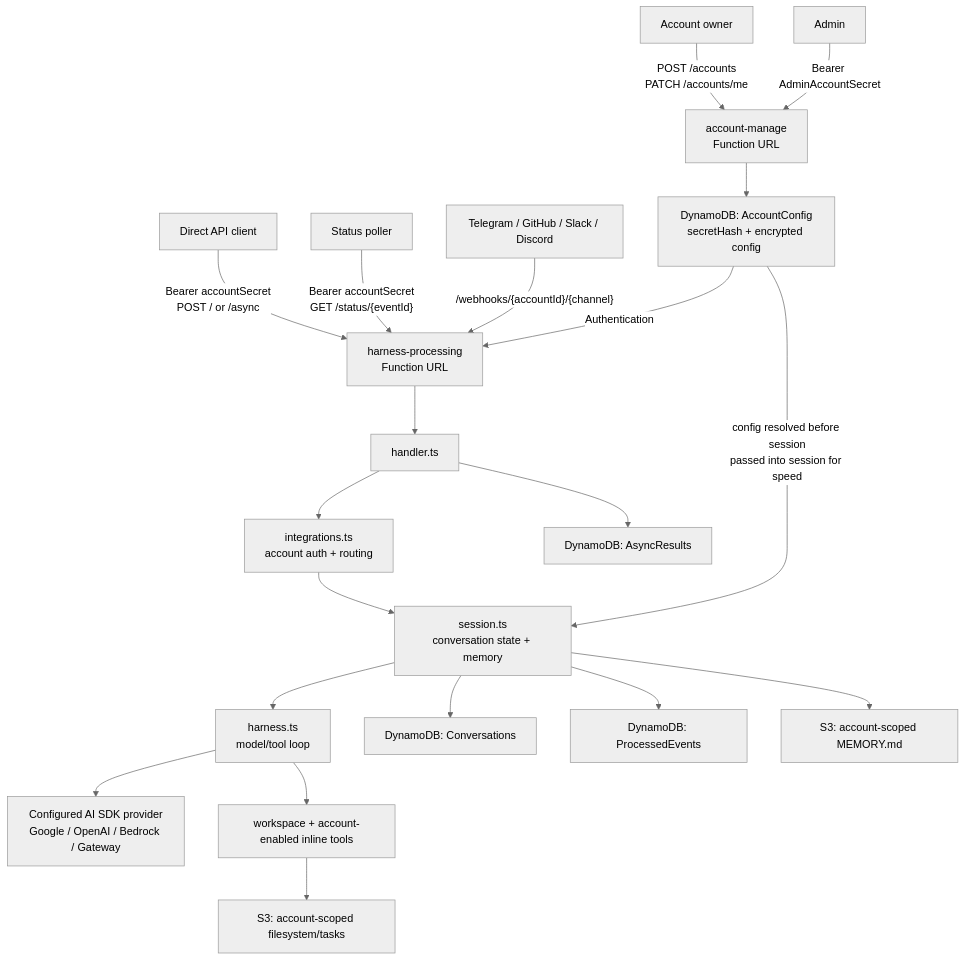
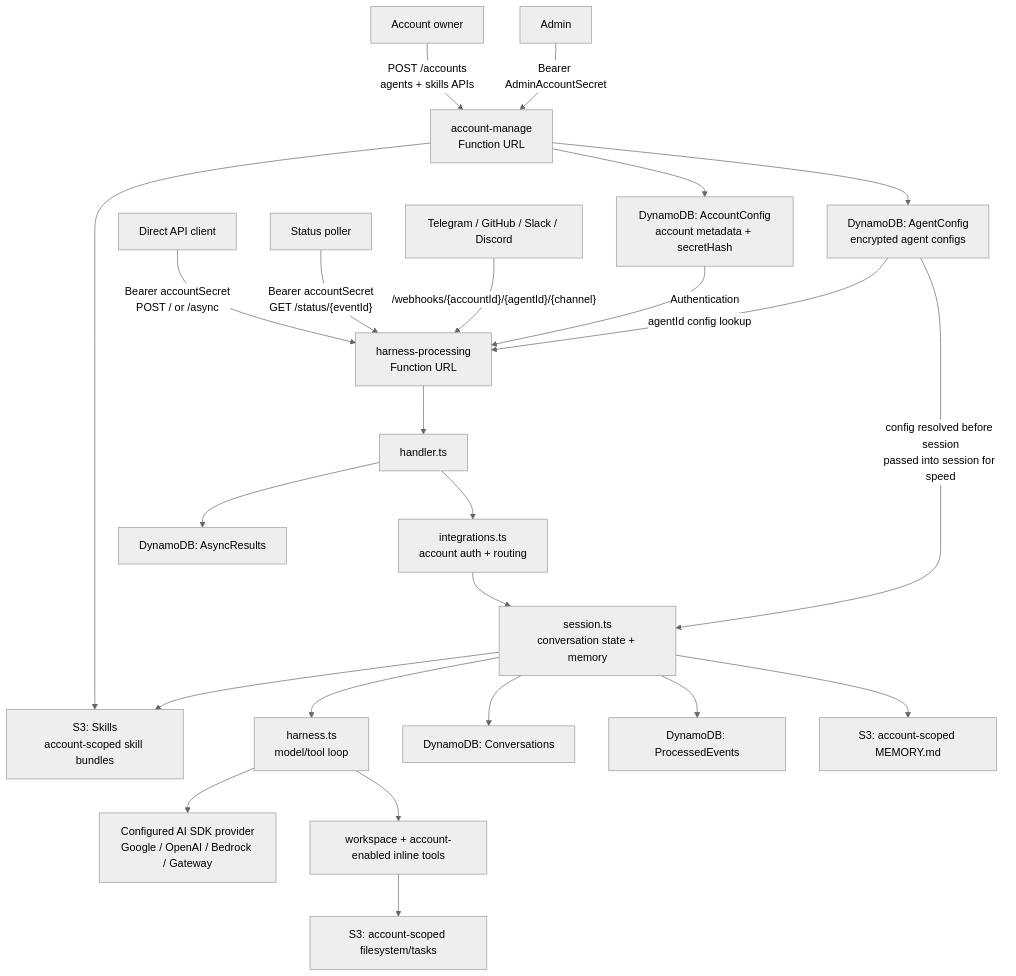
One commit to beeblastco/broods changed the second of 7 diagrams in docs/architecture.md. Above: the diagram before and after it, drawn with Mermaid (neutral theme). The commit also changed other lines of this file and 36 other files, not shown here.

First line of the commit message:
feat: add account-scoped agents and skills

````diff
--- a/docs/architecture.md
+++ b/docs/architecture.md
@@ -27,24 +27,28 @@
 ```mermaid
 flowchart TD
-  Owner["Account owner"] -->|"POST /accounts<br/>PATCH /accounts/me"| ManageUrl["account-manage<br/>Function URL"]
+  Owner["Account owner"] -->|"POST /accounts<br/>agents + skills APIs"| ManageUrl["account-manage<br/>Function URL"]
   Admin["Admin"] -->|"Bearer AdminAccountSecret"| ManageUrl
   Direct["Direct API client"] -->|"Bearer accountSecret<br/>POST / or /async"| HarnessUrl["harness-processing<br/>Function URL"]
   Status["Status poller"] -->|"Bearer accountSecret<br/>GET /status/{eventId}"| HarnessUrl
-  Provider["Telegram / GitHub / Slack / Discord"] -->|"/webhooks/{accountId}/{channel}"| HarnessUrl
+  Provider["Telegram / GitHub / Slack / Discord"] -->|"/webhooks/{accountId}/{agentId}/{channel}"| HarnessUrl
 
-  ManageUrl --> AccountStore["DynamoDB: AccountConfig<br/>secretHash + encrypted config"]
+  ManageUrl --> AccountStore["DynamoDB: AccountConfig<br/>account metadata + secretHash"]
+  ManageUrl --> AgentStore["DynamoDB: AgentConfig<br/>encrypted agent configs"]
+  ManageUrl --> SkillStore["S3: Skills<br/>account-scoped skill bundles"]
   AccountStore -->|Authentication| HarnessUrl
+  AgentStore -->|agentId config lookup| HarnessUrl
   HarnessUrl --> Handler["handler.ts"]
   Handler --> Integrations["integrations.ts<br/>account auth + routing"]
   Integrations --> Session["session.ts<br/>conversation state + memory"]
   Session --> Harness["harness.ts<br/>model/tool loop"]
   Harness --> Model["Configured AI SDK provider<br/>Google / OpenAI / Bedrock / Gateway"]
   Harness --> Tools["workspace + account-enabled inline tools"]
 
   Session --> Conversations["DynamoDB: Conversations"]
   Session --> Processed["DynamoDB: ProcessedEvents"]
-  AccountStore -->|config resolved before session<br/>passed into session for speed| Session
+  AgentStore -->|config resolved before session<br/>passed into session for speed| Session
   Handler --> AsyncResults["DynamoDB: AsyncResults"]
   Session --> Memory["S3: account-scoped MEMORY.md"]
+  Session --> SkillStore
   Tools --> Filesystem["S3: account-scoped filesystem/tasks"]
 ```
````
